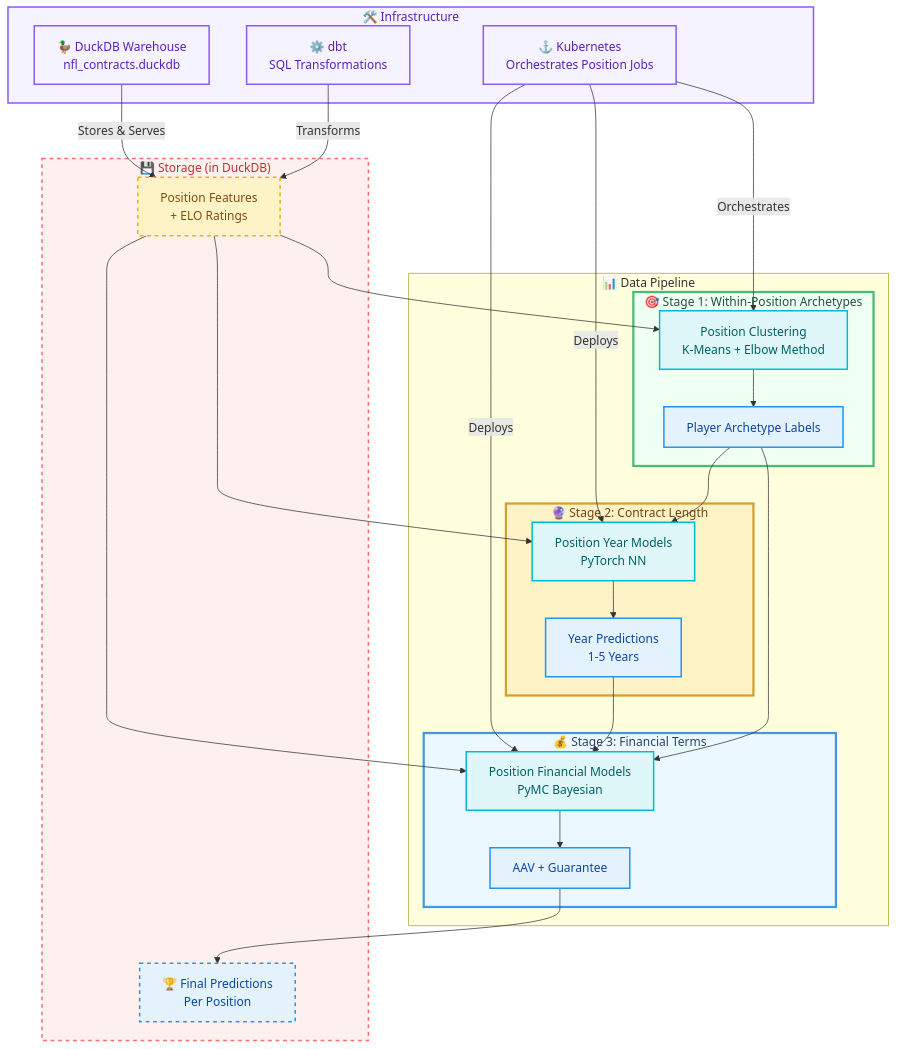
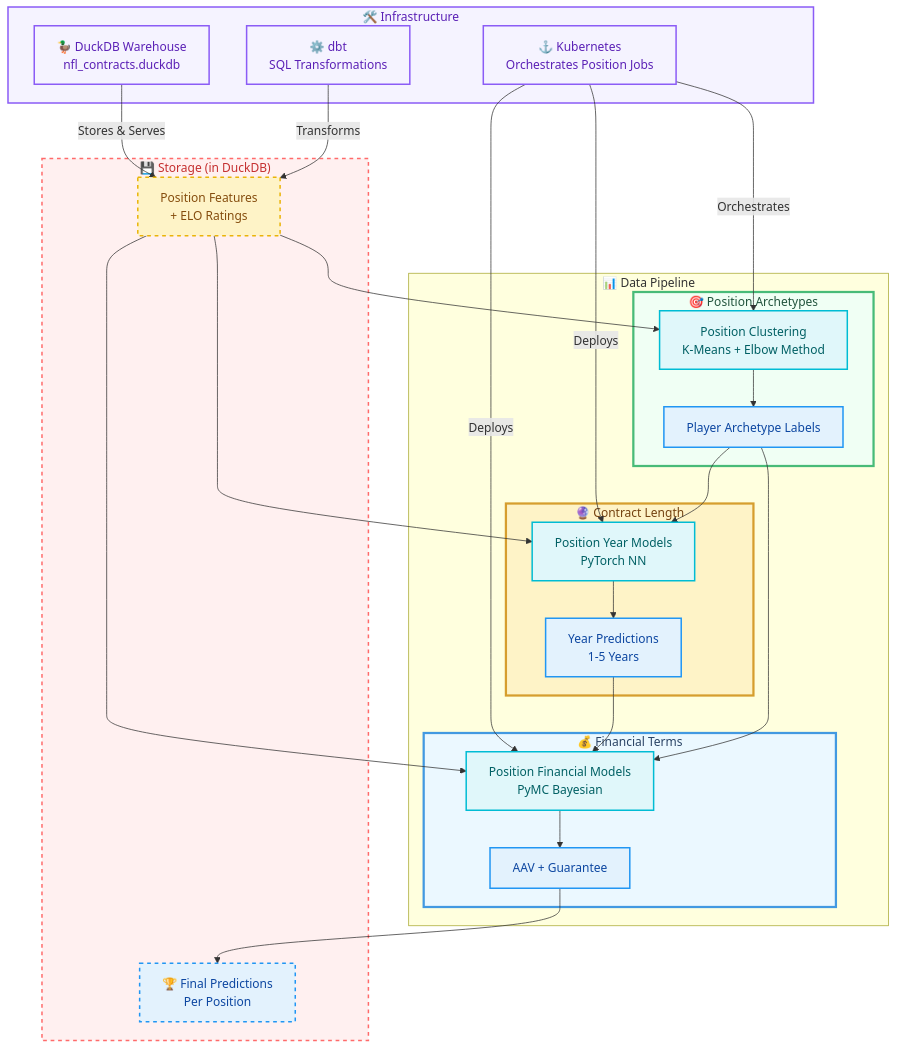
The diagram in README.md (dec1costello/NFL-Market-Value-Analysis), drawn with Mermaid before and after one commit.

````diff
--- a/README.md
+++ b/README.md
@@ -37,76 +37,76 @@
 ```mermaid
 graph TB
  %% === STYLING ===
     classDef stage1 fill:#f0fff4,stroke:#48bb78,stroke-width:3px,color:#22543d
     classDef stage2 fill:#fef3c7,stroke:#d69e2e,stroke-width:3px,color:#744210
     classDef stage3 fill:#ebf8ff,stroke:#4299e1,stroke-width:3px,color:#2a4365
     classDef features fill:#fef3c7,stroke:#eab308,stroke-width:2px,color:#854d0e
     classDef model fill:#e0f7fa,stroke:#00bcd4,stroke-width:2px,color:#006064
     classDef output fill:#e3f2fd,stroke:#2196f3,stroke-width:2px,color:#0d47a1
     classDef infra fill:#f5f3ff,stroke:#8b5cf6,stroke-width:2px,color:#5b21b6
     classDef storage fill:#fff0f0,stroke:#FF6B6B,stroke-width:2px,stroke-dasharray:5 5,color:#c53030
 
     %% === INFRASTRUCTURE LAYERS ===
     subgraph INFRA ["🛠️ Infrastructure"]
         DUCKDB["🦆 DuckDB Warehouse<br/>nfl_contracts.duckdb"]
         K8S["⚓ Kubernetes<br/>Orchestrates Position Jobs"]
         DBT["⚙️ dbt<br/>SQL Transformations"]
     end
 
     %% === DATA FLOW ===
     subgraph DATA_FLOW ["📊 Data Pipeline"]
         %% === STAGE 1: ARCHETYPE DISCOVERY ===
-        subgraph STAGE_1 ["🎯 Stage 1: Within-Position Archetypes"]
+        subgraph STAGE_1 ["🎯 Position Archetypes"]
             CLUSTERING["Position Clustering<br/>K-Means + Elbow Method"]
             ARCHETYPES["Player Archetype Labels"]
         end
 
         %% === STAGE 2: YEAR PREDICTION ===
-        subgraph STAGE_2 ["🔮 Stage 2: Contract Length"]
+        subgraph STAGE_2 ["🔮 Contract Length"]
             YEAR_MODELS["Position Year Models<br/>PyTorch NN"]
             YEAR_PREDS["Year Predictions<br/>1-5 Years"]
         end
 
         %% === STAGE 3: FINANCIAL PREDICTION ===
-        subgraph STAGE_3 ["💰 Stage 3: Financial Terms"]
+        subgraph STAGE_3 ["💰 Financial Terms"]
             FINANCIAL_MODELS["Position Financial Models<br/>PyMC Bayesian"]
             FINANCIAL_PREDS["AAV + Guarantee"]
         end
     end
 
     %% === STORAGE LAYER ===
     subgraph STORAGE ["💾 Storage (in DuckDB)"]
         FEATURES["Position Features<br/>+ ELO Ratings"]
         RESULTS["🏆 Final Predictions<br/>Per Position"]
     end
 
     %% === CONNECTIONS ===
     %% Infrastructure → Data Flow
     DUCKDB -->|"Stores & Serves"| FEATURES
     DBT -->|"Transforms"| FEATURES
     K8S -->|"Orchestrates"| CLUSTERING
     K8S -->|"Deploys"| YEAR_MODELS
     K8S -->|"Deploys"| FINANCIAL_MODELS
 
     %% Data Pipeline Flow
     FEATURES --> CLUSTERING
     CLUSTERING --> ARCHETYPES
     ARCHETYPES --> YEAR_MODELS
     FEATURES --> YEAR_MODELS
     YEAR_MODELS --> YEAR_PREDS
     YEAR_PREDS --> FINANCIAL_MODELS
     ARCHETYPES --> FINANCIAL_MODELS
     FEATURES --> FINANCIAL_MODELS
     FINANCIAL_MODELS --> FINANCIAL_PREDS
     FINANCIAL_PREDS --> RESULTS
 
     %% === STYLES ===
     class INFRA,DUCKDB,K8S,DBT infra
     class STORAGE,FEATURES,RESULTS storage
     class STAGE_1 stage1
     class STAGE_2 stage2
     class STAGE_3 stage3
     class FEATURES features
     class CLUSTERING,YEAR_MODELS,FINANCIAL_MODELS model
     class ARCHETYPES,YEAR_PREDS,FINANCIAL_PREDS,RESULTS output;
 ```
````
